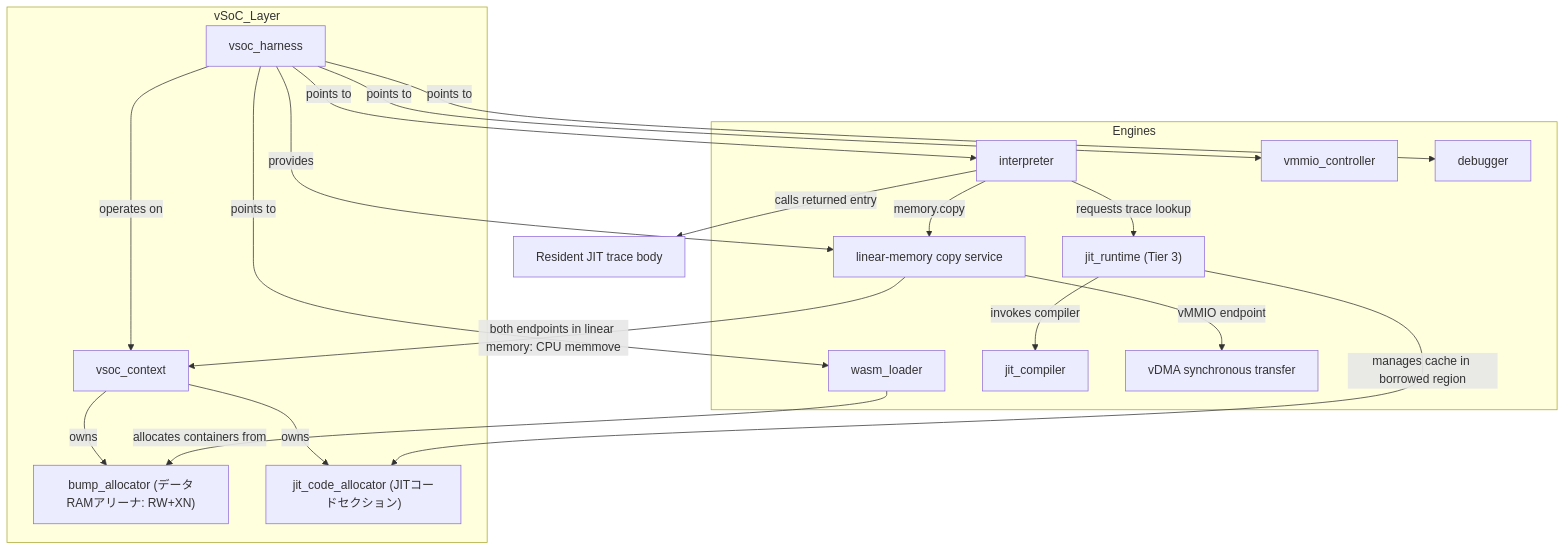
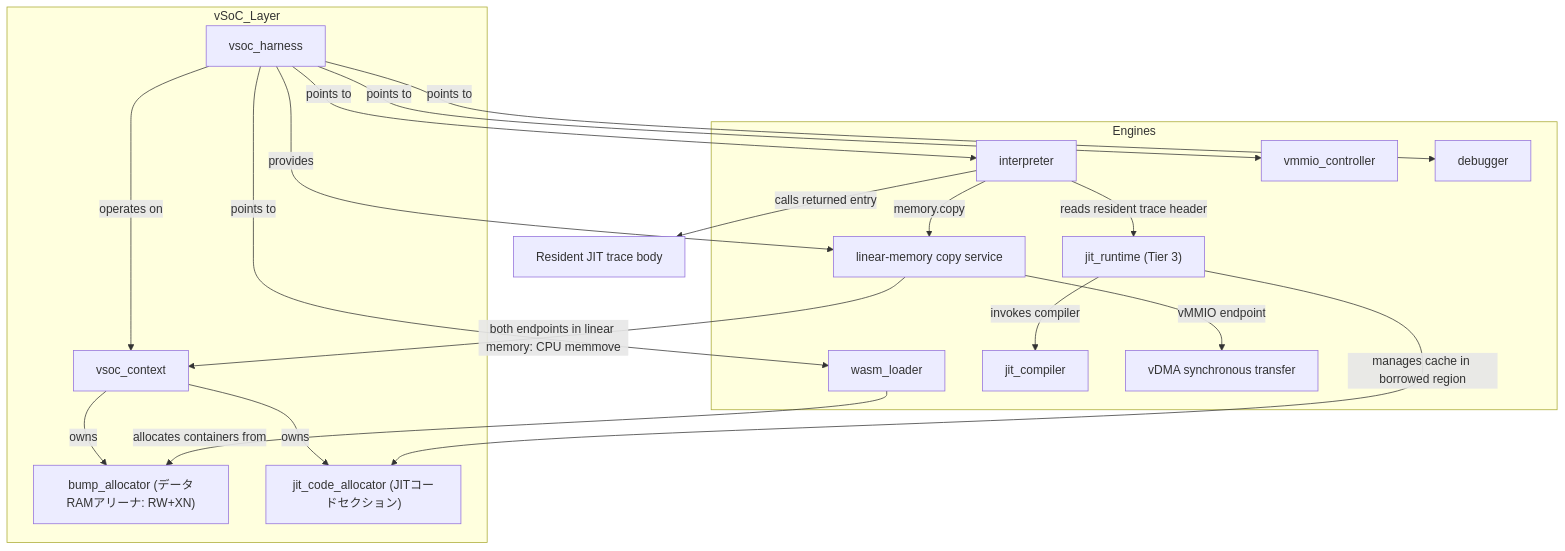
Before and after one commit to kmt-t/fireball: the first of 7 diagrams in docs/components/tier2_runtime/runtime_vsoc.md, drawn with Mermaid. The commit also changed other lines of this file and 9 other files, not shown here.

First line of the commit message:
docs(jit): describe the trace header read by the slot table, not a lookup

````diff
--- a/docs/components/tier2_runtime/runtime_vsoc.md
+++ b/docs/components/tier2_runtime/runtime_vsoc.md
@@ -38,37 +38,37 @@
 ```mermaid
 graph TD
     subgraph vSoC_Layer
         Harness["vsoc_harness"]
         Context["vsoc_context"]
         Alloc["bump_allocator (データRAMアリーナ: RW+XN)"]
         JitAlloc["jit_code_allocator (JITコードセクション)"]
     end
 
     subgraph Engines
         Loader["wasm_loader"]
         Interp["interpreter"]
         JIT["jit_compiler"]
         JITRuntime["jit_runtime (Tier 3)"]
         BulkCopy["linear-memory copy service"]
         VDMA["vDMA synchronous transfer"]
         vMMIO["vmmio_controller"]
         Debug["debugger"]
     end
 
     Harness -- points to --> Loader
     Harness -- points to --> Interp
     Harness -- points to --> vMMIO
     Harness -- points to --> Debug
     Harness -- operates on --> Context
     Harness -- provides --> BulkCopy
-    Interp -- requests trace lookup --> JITRuntime
+    Interp -- reads resident trace header --> JITRuntime
     Interp -- calls returned entry --> TraceBody[Resident JIT trace body]
     Interp -- memory.copy --> BulkCopy
     BulkCopy -- vMMIO endpoint --> VDMA
     BulkCopy -- both endpoints in linear memory: CPU memmove --> Context
     Context -- owns --> Alloc
     Context -- owns --> JitAlloc
     Loader -- allocates containers from --> Alloc
     JITRuntime -- manages cache in borrowed region --> JitAlloc
     JITRuntime -- invokes compiler --> JIT
 ```
````
